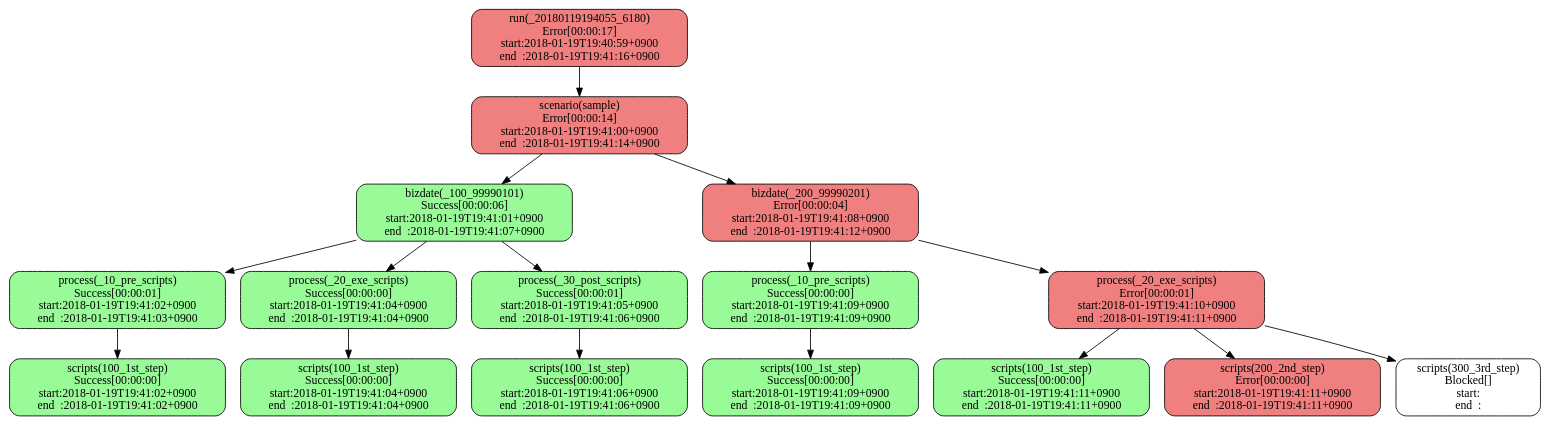
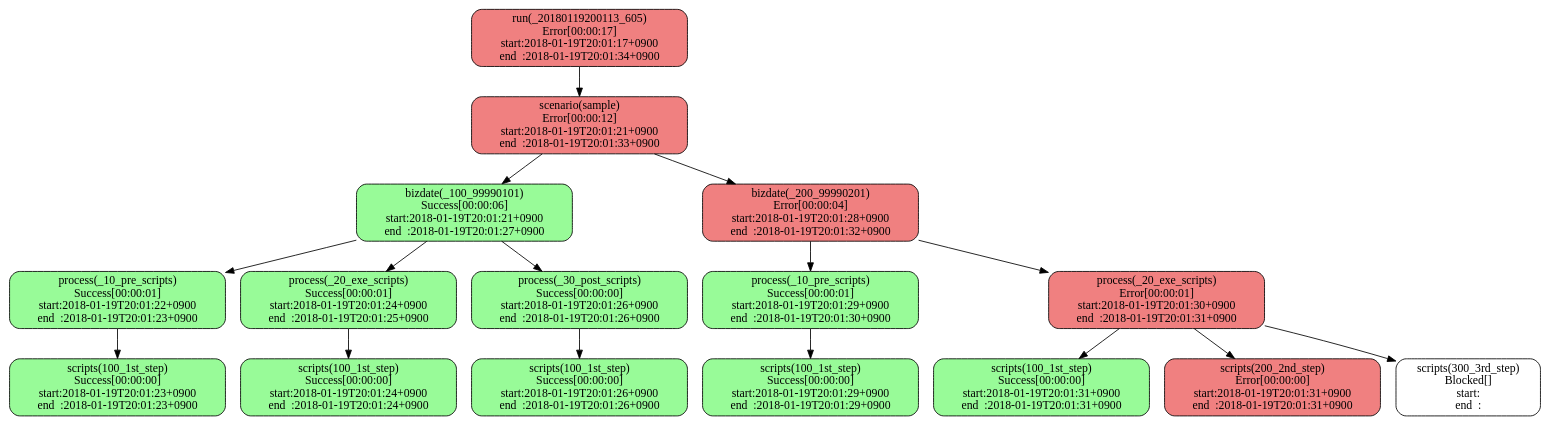
The diagram in sample.dot (tkhr-sait/stfw-result-viewer-rails), drawn with Graphviz before and after one commit. The commit also changed 3 other files, not shown here.

```diff
--- a/sample.dot
+++ b/sample.dot
@@ -1,34 +1,34 @@
 digraph G {
   layout="dot";
-  x20180119194055x6180xrun[label="run(_20180119194055_6180)\nError[00:00:17]\nstart:2018-01-19T19:40:59+0900\nend  :2018-01-19T19:41:16+0900",shape="box",style="filled,rounded",fillcolor="lightcoral"];
-  x20180119194055x6180xrunxsample[label="scenario(sample)\nError[00:00:14]\nstart:2018-01-19T19:41:00+0900\nend  :2018-01-19T19:41:14+0900",shape="box",style="filled,rounded",fillcolor="lightcoral"];
-  x20180119194055x6180xrunxsamplexx100x99990101[label="bizdate(_100_99990101)\nSuccess[00:00:06]\nstart:2018-01-19T19:41:01+0900\nend  :2018-01-19T19:41:07+0900",shape="box",style="filled,rounded",fillcolor="palegreen"];
-  x20180119194055x6180xrunxsamplexx100x99990101xx10xprexscripts[label="process(_10_pre_scripts)\nSuccess[00:00:01]\nstart:2018-01-19T19:41:02+0900\nend  :2018-01-19T19:41:03+0900",shape="box",style="filled,rounded",fillcolor="palegreen"];
-  x20180119194055x6180xrunxsamplexx100x99990101xx10xprexscriptsx100x1stxstep[label="scripts(100_1st_step)\nSuccess[00:00:00]\nstart:2018-01-19T19:41:02+0900\nend  :2018-01-19T19:41:02+0900",shape="box",style="filled,rounded",fillcolor="palegreen"];
-  x20180119194055x6180xrunxsamplexx100x99990101xx20xexexscripts[label="process(_20_exe_scripts)\nSuccess[00:00:00]\nstart:2018-01-19T19:41:04+0900\nend  :2018-01-19T19:41:04+0900",shape="box",style="filled,rounded",fillcolor="palegreen"];
-  x20180119194055x6180xrunxsamplexx100x99990101xx20xexexscriptsx100x1stxstep[label="scripts(100_1st_step)\nSuccess[00:00:00]\nstart:2018-01-19T19:41:04+0900\nend  :2018-01-19T19:41:04+0900",shape="box",style="filled,rounded",fillcolor="palegreen"];
-  x20180119194055x6180xrunxsamplexx100x99990101xx30xpostxscripts[label="process(_30_post_scripts)\nSuccess[00:00:01]\nstart:2018-01-19T19:41:05+0900\nend  :2018-01-19T19:41:06+0900",shape="box",style="filled,rounded",fillcolor="palegreen"];
-  x20180119194055x6180xrunxsamplexx100x99990101xx30xpostxscriptsx100x1stxstep[label="scripts(100_1st_step)\nSuccess[00:00:00]\nstart:2018-01-19T19:41:06+0900\nend  :2018-01-19T19:41:06+0900",shape="box",style="filled,rounded",fillcolor="palegreen"];
-  x20180119194055x6180xrunxsamplexx200x99990201[label="bizdate(_200_99990201)\nError[00:00:04]\nstart:2018-01-19T19:41:08+0900\nend  :2018-01-19T19:41:12+0900",shape="box",style="filled,rounded",fillcolor="lightcoral"];
-  x20180119194055x6180xrunxsamplexx200x99990201xx10xprexscripts[label="process(_10_pre_scripts)\nSuccess[00:00:00]\nstart:2018-01-19T19:41:09+0900\nend  :2018-01-19T19:41:09+0900",shape="box",style="filled,rounded",fillcolor="palegreen"];
-  x20180119194055x6180xrunxsamplexx200x99990201xx10xprexscriptsx100x1stxstep[label="scripts(100_1st_step)\nSuccess[00:00:00]\nstart:2018-01-19T19:41:09+0900\nend  :2018-01-19T19:41:09+0900",shape="box",style="filled,rounded",fillcolor="palegreen"];
-  x20180119194055x6180xrunxsamplexx200x99990201xx20xexexscripts[label="process(_20_exe_scripts)\nError[00:00:01]\nstart:2018-01-19T19:41:10+0900\nend  :2018-01-19T19:41:11+0900",shape="box",style="filled,rounded",fillcolor="lightcoral"];
-  x20180119194055x6180xrunxsamplexx200x99990201xx20xexexscriptsx100x1stxstep[label="scripts(100_1st_step)\nSuccess[00:00:00]\nstart:2018-01-19T19:41:11+0900\nend  :2018-01-19T19:41:11+0900",shape="box",style="filled,rounded",fillcolor="palegreen"];
-  x20180119194055x6180xrunxsamplexx200x99990201xx20xexexscriptsx200x2ndxstep[label="scripts(200_2nd_step)\nError[00:00:00]\nstart:2018-01-19T19:41:11+0900\nend  :2018-01-19T19:41:11+0900",shape="box",style="filled,rounded",fillcolor="lightcoral"];
-  x20180119194055x6180xrunxsamplexx200x99990201xx20xexexscriptsx300x3rdxstep[label="scripts(300_3rd_step)\nBlocked[]\nstart:\nend  :",shape="box",style="filled,rounded",fillcolor="white"];
-  x20180119194055x6180xrun -> x20180119194055x6180xrunxsample;
-  x20180119194055x6180xrunxsample -> x20180119194055x6180xrunxsamplexx100x99990101;
-  x20180119194055x6180xrunxsamplexx100x99990101 -> x20180119194055x6180xrunxsamplexx100x99990101xx10xprexscripts;
-  x20180119194055x6180xrunxsamplexx100x99990101xx10xprexscripts -> x20180119194055x6180xrunxsamplexx100x99990101xx10xprexscriptsx100x1stxstep;
-  x20180119194055x6180xrunxsamplexx100x99990101 -> x20180119194055x6180xrunxsamplexx100x99990101xx20xexexscripts;
-  x20180119194055x6180xrunxsamplexx100x99990101xx20xexexscripts -> x20180119194055x6180xrunxsamplexx100x99990101xx20xexexscriptsx100x1stxstep;
-  x20180119194055x6180xrunxsamplexx100x99990101 -> x20180119194055x6180xrunxsamplexx100x99990101xx30xpostxscripts;
-  x20180119194055x6180xrunxsamplexx100x99990101xx30xpostxscripts -> x20180119194055x6180xrunxsamplexx100x99990101xx30xpostxscriptsx100x1stxstep;
-  x20180119194055x6180xrunxsample -> x20180119194055x6180xrunxsamplexx200x99990201;
-  x20180119194055x6180xrunxsamplexx200x99990201 -> x20180119194055x6180xrunxsamplexx200x99990201xx10xprexscripts;
-  x20180119194055x6180xrunxsamplexx200x99990201xx10xprexscripts -> x20180119194055x6180xrunxsamplexx200x99990201xx10xprexscriptsx100x1stxstep;
-  x20180119194055x6180xrunxsamplexx200x99990201 -> x20180119194055x6180xrunxsamplexx200x99990201xx20xexexscripts;
-  x20180119194055x6180xrunxsamplexx200x99990201xx20xexexscripts -> x20180119194055x6180xrunxsamplexx200x99990201xx20xexexscriptsx100x1stxstep;
-  x20180119194055x6180xrunxsamplexx200x99990201xx20xexexscripts -> x20180119194055x6180xrunxsamplexx200x99990201xx20xexexscriptsx200x2ndxstep;
-  x20180119194055x6180xrunxsamplexx200x99990201xx20xexexscripts -> x20180119194055x6180xrunxsamplexx200x99990201xx20xexexscriptsx300x3rdxstep;
+  x20180119200113x605xrun[label="run(_20180119200113_605)\nError[00:00:17]\nstart:2018-01-19T20:01:17+0900\nend  :2018-01-19T20:01:34+0900",shape="box",style="filled,rounded",fillcolor="lightcoral"];
+  x20180119200113x605xrunxsample[label="scenario(sample)\nError[00:00:12]\nstart:2018-01-19T20:01:21+0900\nend  :2018-01-19T20:01:33+0900",shape="box",style="filled,rounded",fillcolor="lightcoral"];
+  x20180119200113x605xrunxsamplexx100x99990101[label="bizdate(_100_99990101)\nSuccess[00:00:06]\nstart:2018-01-19T20:01:21+0900\nend  :2018-01-19T20:01:27+0900",shape="box",style="filled,rounded",fillcolor="palegreen"];
+  x20180119200113x605xrunxsamplexx100x99990101xx10xprexscripts[label="process(_10_pre_scripts)\nSuccess[00:00:01]\nstart:2018-01-19T20:01:22+0900\nend  :2018-01-19T20:01:23+0900",shape="box",style="filled,rounded",fillcolor="palegreen"];
+  x20180119200113x605xrunxsamplexx100x99990101xx10xprexscriptsx100x1stxstep[label="scripts(100_1st_step)\nSuccess[00:00:00]\nstart:2018-01-19T20:01:23+0900\nend  :2018-01-19T20:01:23+0900",shape="box",style="filled,rounded",fillcolor="palegreen"];
+  x20180119200113x605xrunxsamplexx100x99990101xx20xexexscripts[label="process(_20_exe_scripts)\nSuccess[00:00:01]\nstart:2018-01-19T20:01:24+0900\nend  :2018-01-19T20:01:25+0900",shape="box",style="filled,rounded",fillcolor="palegreen"];
+  x20180119200113x605xrunxsamplexx100x99990101xx20xexexscriptsx100x1stxstep[label="scripts(100_1st_step)\nSuccess[00:00:00]\nstart:2018-01-19T20:01:24+0900\nend  :2018-01-19T20:01:24+0900",shape="box",style="filled,rounded",fillcolor="palegreen"];
+  x20180119200113x605xrunxsamplexx100x99990101xx30xpostxscripts[label="process(_30_post_scripts)\nSuccess[00:00:00]\nstart:2018-01-19T20:01:26+0900\nend  :2018-01-19T20:01:26+0900",shape="box",style="filled,rounded",fillcolor="palegreen"];
+  x20180119200113x605xrunxsamplexx100x99990101xx30xpostxscriptsx100x1stxstep[label="scripts(100_1st_step)\nSuccess[00:00:00]\nstart:2018-01-19T20:01:26+0900\nend  :2018-01-19T20:01:26+0900",shape="box",style="filled,rounded",fillcolor="palegreen"];
+  x20180119200113x605xrunxsamplexx200x99990201[label="bizdate(_200_99990201)\nError[00:00:04]\nstart:2018-01-19T20:01:28+0900\nend  :2018-01-19T20:01:32+0900",shape="box",style="filled,rounded",fillcolor="lightcoral"];
+  x20180119200113x605xrunxsamplexx200x99990201xx10xprexscripts[label="process(_10_pre_scripts)\nSuccess[00:00:01]\nstart:2018-01-19T20:01:29+0900\nend  :2018-01-19T20:01:30+0900",shape="box",style="filled,rounded",fillcolor="palegreen"];
+  x20180119200113x605xrunxsamplexx200x99990201xx10xprexscriptsx100x1stxstep[label="scripts(100_1st_step)\nSuccess[00:00:00]\nstart:2018-01-19T20:01:29+0900\nend  :2018-01-19T20:01:29+0900",shape="box",style="filled,rounded",fillcolor="palegreen"];
+  x20180119200113x605xrunxsamplexx200x99990201xx20xexexscripts[label="process(_20_exe_scripts)\nError[00:00:01]\nstart:2018-01-19T20:01:30+0900\nend  :2018-01-19T20:01:31+0900",shape="box",style="filled,rounded",fillcolor="lightcoral"];
+  x20180119200113x605xrunxsamplexx200x99990201xx20xexexscriptsx100x1stxstep[label="scripts(100_1st_step)\nSuccess[00:00:00]\nstart:2018-01-19T20:01:31+0900\nend  :2018-01-19T20:01:31+0900",shape="box",style="filled,rounded",fillcolor="palegreen"];
+  x20180119200113x605xrunxsamplexx200x99990201xx20xexexscriptsx200x2ndxstep[label="scripts(200_2nd_step)\nError[00:00:00]\nstart:2018-01-19T20:01:31+0900\nend  :2018-01-19T20:01:31+0900",shape="box",style="filled,rounded",fillcolor="lightcoral"];
+  x20180119200113x605xrunxsamplexx200x99990201xx20xexexscriptsx300x3rdxstep[label="scripts(300_3rd_step)\nBlocked[]\nstart:\nend  :",shape="box",style="filled,rounded",fillcolor="white"];
+  x20180119200113x605xrun -> x20180119200113x605xrunxsample;
+  x20180119200113x605xrunxsample -> x20180119200113x605xrunxsamplexx100x99990101;
+  x20180119200113x605xrunxsamplexx100x99990101 -> x20180119200113x605xrunxsamplexx100x99990101xx10xprexscripts;
+  x20180119200113x605xrunxsamplexx100x99990101xx10xprexscripts -> x20180119200113x605xrunxsamplexx100x99990101xx10xprexscriptsx100x1stxstep;
+  x20180119200113x605xrunxsamplexx100x99990101 -> x20180119200113x605xrunxsamplexx100x99990101xx20xexexscripts;
+  x20180119200113x605xrunxsamplexx100x99990101xx20xexexscripts -> x20180119200113x605xrunxsamplexx100x99990101xx20xexexscriptsx100x1stxstep;
+  x20180119200113x605xrunxsamplexx100x99990101 -> x20180119200113x605xrunxsamplexx100x99990101xx30xpostxscripts;
+  x20180119200113x605xrunxsamplexx100x99990101xx30xpostxscripts -> x20180119200113x605xrunxsamplexx100x99990101xx30xpostxscriptsx100x1stxstep;
+  x20180119200113x605xrunxsample -> x20180119200113x605xrunxsamplexx200x99990201;
+  x20180119200113x605xrunxsamplexx200x99990201 -> x20180119200113x605xrunxsamplexx200x99990201xx10xprexscripts;
+  x20180119200113x605xrunxsamplexx200x99990201xx10xprexscripts -> x20180119200113x605xrunxsamplexx200x99990201xx10xprexscriptsx100x1stxstep;
+  x20180119200113x605xrunxsamplexx200x99990201 -> x20180119200113x605xrunxsamplexx200x99990201xx20xexexscripts;
+  x20180119200113x605xrunxsamplexx200x99990201xx20xexexscripts -> x20180119200113x605xrunxsamplexx200x99990201xx20xexexscriptsx100x1stxstep;
+  x20180119200113x605xrunxsamplexx200x99990201xx20xexexscripts -> x20180119200113x605xrunxsamplexx200x99990201xx20xexexscriptsx200x2ndxstep;
+  x20180119200113x605xrunxsamplexx200x99990201xx20xexexscripts -> x20180119200113x605xrunxsamplexx200x99990201xx20xexexscriptsx300x3rdxstep;
 }
```
